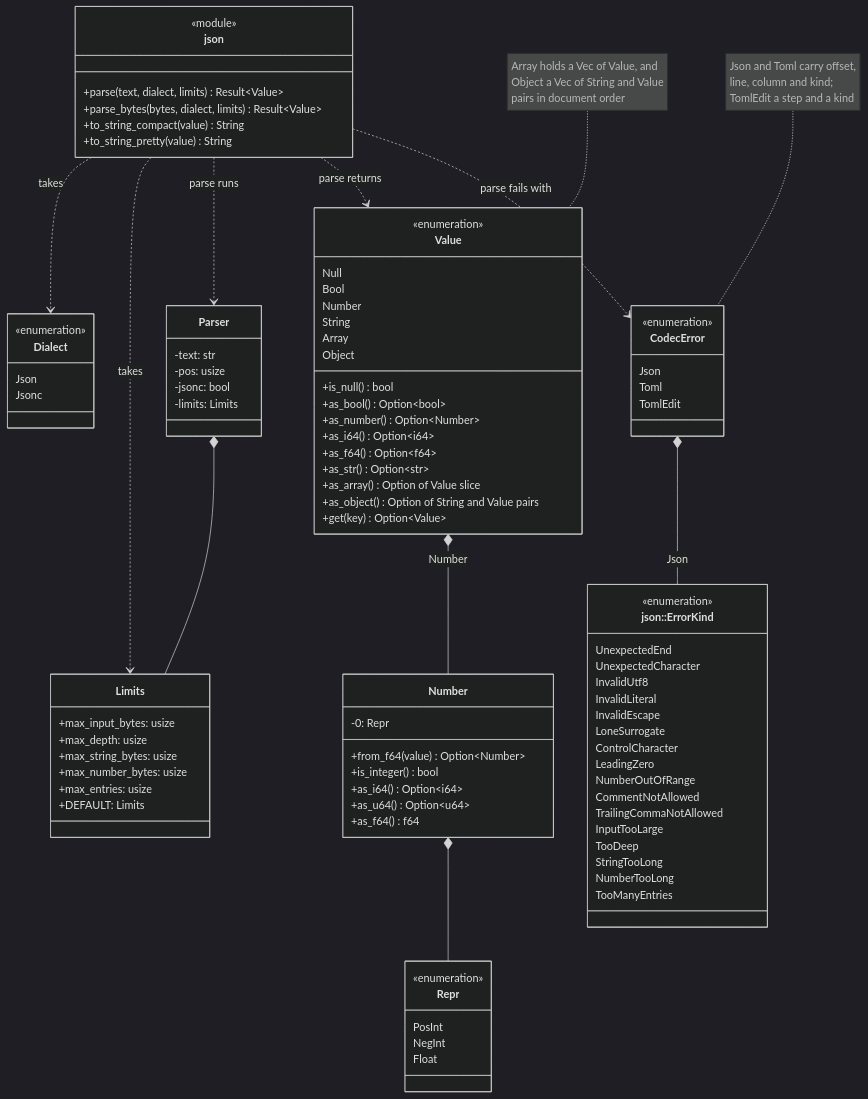
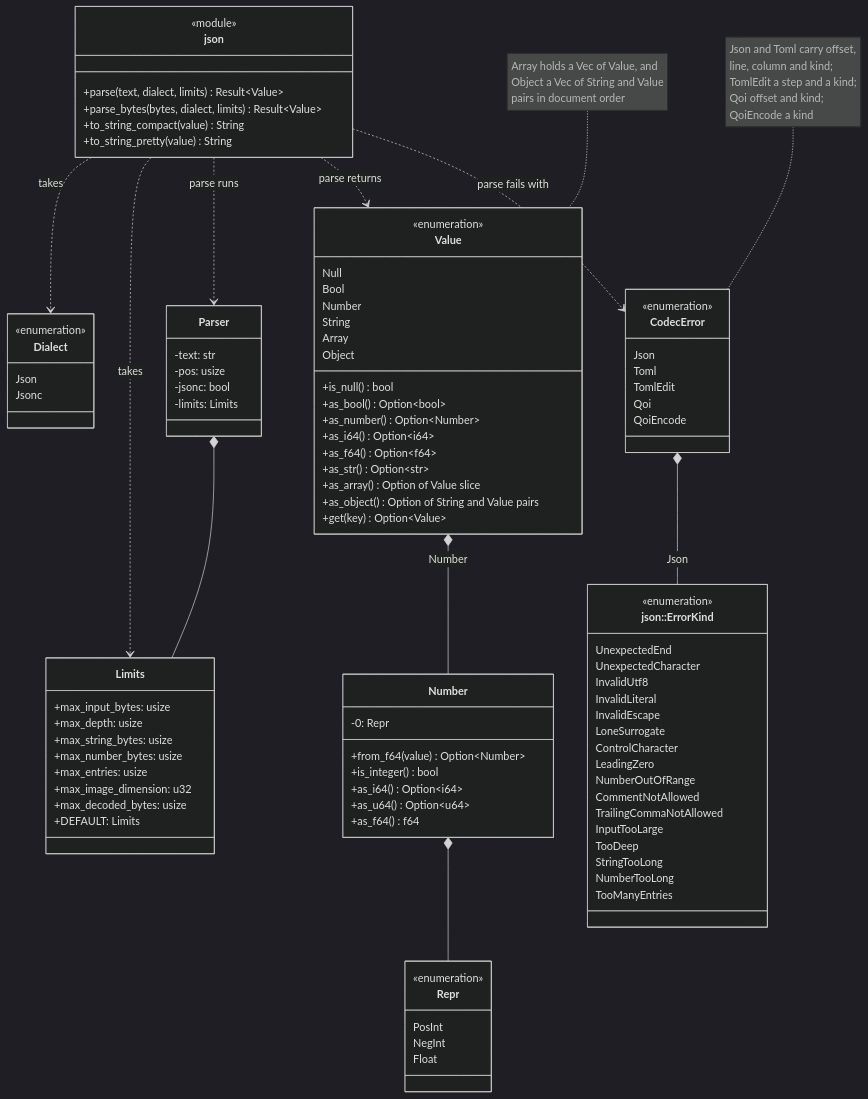
One commit to jabbott-iii/Tidepool changed diagram 15 of 38 in diagrams/class-diagrams.md. Above: the diagram before and after it, drawn with Mermaid (dark theme). The commit also changed other lines of this file and 67 other files, not shown here.

First line of the commit message:
codec, gfx, xtask: QOI, the golden harness and gfx goldens (M2.4)

````diff
--- a/diagrams/class-diagrams.md
+++ b/diagrams/class-diagrams.md
@@ -1001,6 +1007,8 @@
         +max_string_bytes: usize
         +max_number_bytes: usize
         +max_entries: usize
+        +max_image_dimension: u32
+        +max_decoded_bytes: usize
         +DEFAULT: Limits
     }
     class CodecError {
@@ -1008,6 +1016,8 @@
         Json
         Toml
         TomlEdit
+        Qoi
+        QoiEncode
     }
     class JsonFns["json"] {
         <<module>>
@@ -1088,5 +1098,5 @@
     Number *-- Repr
     CodecError *-- ErrorKind : Json
     note for Value "Array holds a Vec of Value, and<br/>Object a Vec of String and Value<br/>pairs in document order"
-    note for CodecError "Json and Toml carry offset,<br/>line, column and kind;<br/>TomlEdit a step and a kind"
+    note for CodecError "Json and Toml carry offset,<br/>line, column and kind;<br/>TomlEdit a step and a kind;<br/>Qoi offset and kind;<br/>QoiEncode a kind"
 ```
````
